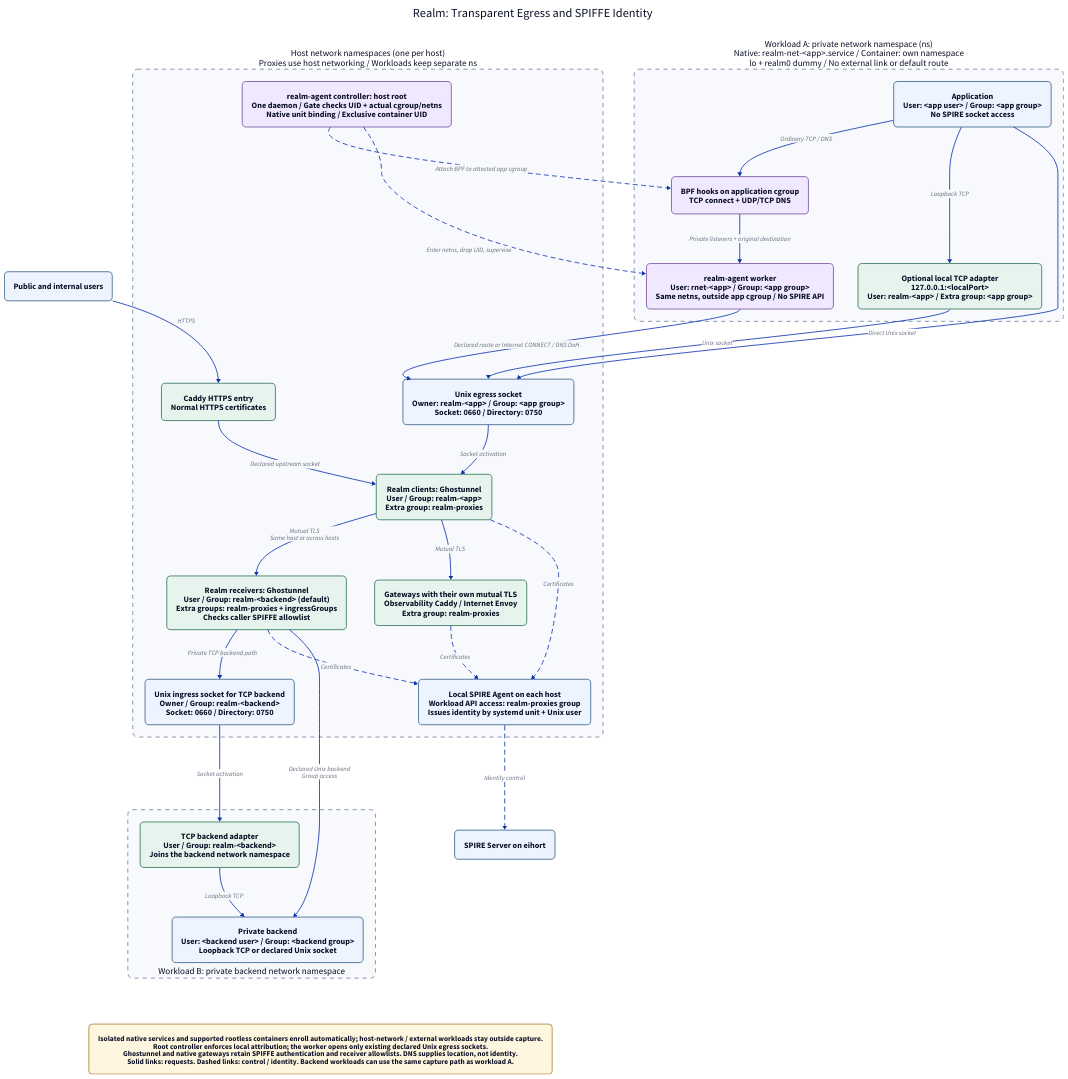
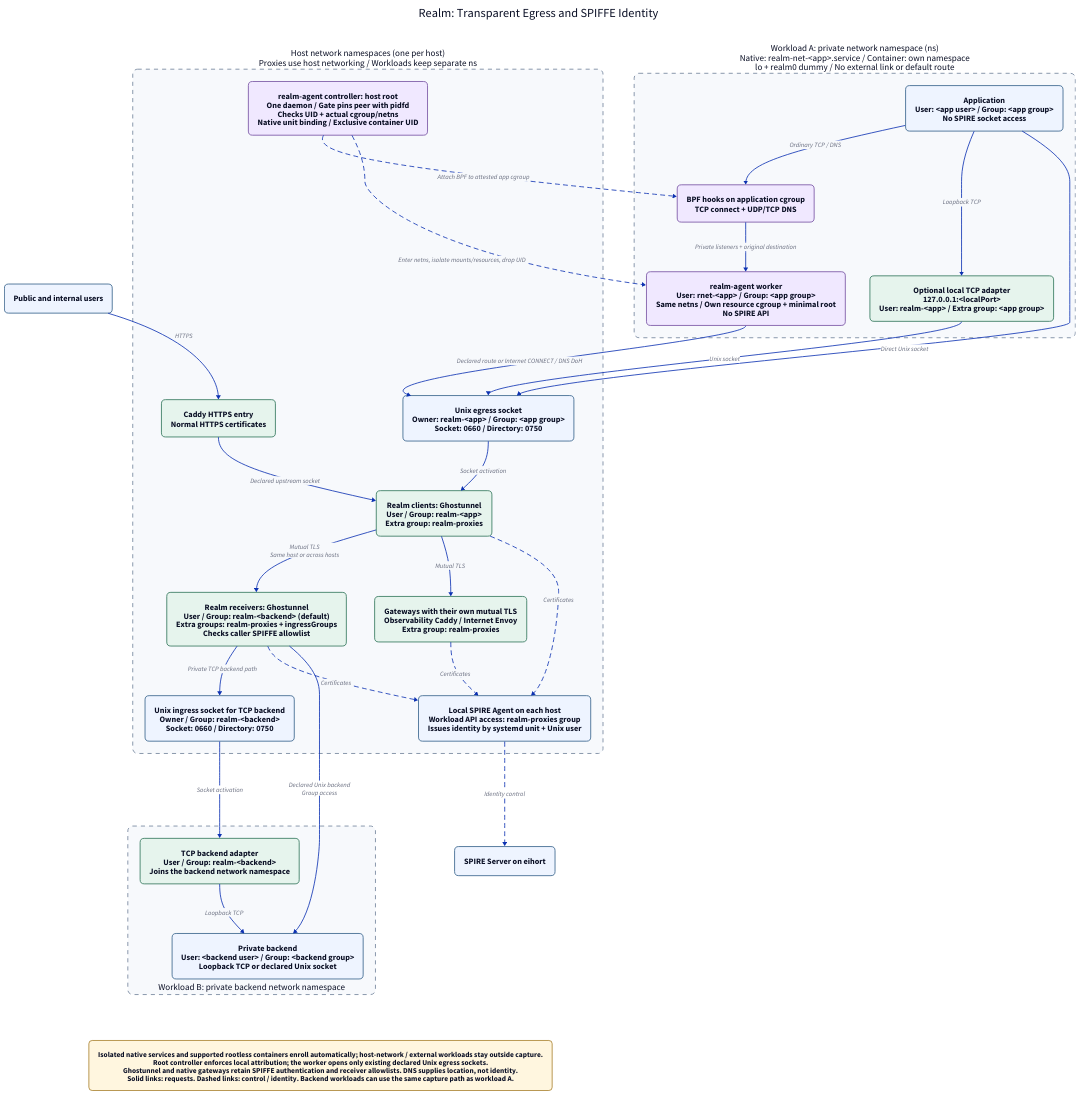
The diagram in layout/realm-overview.d2 (oluceps/nixos-config), drawn with D2 before and after one commit. The commit also changed 25 other files, not shown here.

Commit message:
fix(realm): isolate agent workers and recovery failures

```diff
--- a/layout/realm-overview.d2
+++ b/layout/realm-overview.d2
@@ -1,68 +1,68 @@
 direction: down
 vars: { d2-config: { theme-id: 0 } }
 classes: {
   node: { style: { fill: "#eef4ff"; stroke: "#37628b"; border-radius: 10; font-size: 20 } }
   gateway: { style: { fill: "#e6f4ed"; stroke: "#31765b"; border-radius: 10; font-size: 20 } }
   agent: { style: { fill: "#f0e8ff"; stroke: "#7652a2"; border-radius: 10; font-size: 20 } }
   note: { style: { fill: "#fff6df"; stroke: "#aa8330"; border-radius: 8; font-size: 18 } }
   namespace: { style: { fill: "#f7f9fc"; stroke: "#71839b"; stroke-dash: 5; border-radius: 12; font-size: 22 } }
 }
 title: "Realm: Transparent Egress and SPIFFE Identity" { shape: text; style.font-size: 30 }
 users: "Public and internal users" { class: node }
 
 app_ns: "Workload A: private network namespace (ns)\nNative: realm-net-<app>.service / Container: own namespace\nlo + realm0 dummy / No external link or default route" {
   class: namespace
   app: "Application\nUser: <app user> / Group: <app group>\nNo SPIRE socket access" { class: node }
   capture: "BPF hooks on application cgroup\nTCP connect + UDP/TCP DNS" { class: agent }
-  worker: "realm-agent worker\nUser: rnet-<app> / Group: <app group>\nSame netns, outside app cgroup / No SPIRE API" { class: agent }
+  worker: "realm-agent worker\nUser: rnet-<app> / Group: <app group>\nSame netns / Own resource cgroup + minimal root\nNo SPIRE API" { class: agent }
   app -> capture: "Ordinary TCP / DNS"
   capture -> worker: "Private listeners + original destination"
   adapter: "Optional local TCP adapter\n127.0.0.1:<localPort>\nUser: realm-<app> / Extra group: <app group>" { class: gateway }
   app -> adapter: "Loopback TCP"
 }
 
 host_ns: "Host network namespaces (one per host)\nProxies use host networking / Workloads keep separate ns" {
   class: namespace
   caddy: "Caddy HTTPS entry\nNormal HTTPS certificates" { class: gateway }
   egress: "Unix egress socket\nOwner: realm-<app> / Group: <app group>\nSocket: 0660 / Directory: 0750" { class: node }
   clients: "Realm clients: Ghostunnel\nUser / Group: realm-<app>\nExtra group: realm-proxies" { class: gateway }
   receivers: "Realm receivers: Ghostunnel\nUser / Group: realm-<backend> (default)\nExtra groups: realm-proxies + ingressGroups\nChecks caller SPIFFE allowlist" { class: gateway }
   ingress: "Unix ingress socket for TCP backend\nOwner / Group: realm-<backend>\nSocket: 0660 / Directory: 0750" { class: node }
   native: "Gateways with their own mutual TLS\nObservability Caddy / Internet Envoy\nExtra group: realm-proxies" { class: gateway }
-  controller: "realm-agent controller: host root\nOne daemon / Gate checks UID + actual cgroup/netns\nNative unit binding / Exclusive container UID" { class: agent }
+  controller: "realm-agent controller: host root\nOne daemon / Gate pins peer with pidfd\nChecks UID + actual cgroup/netns\nNative unit binding / Exclusive container UID" { class: agent }
   agent: "Local SPIRE Agent on each host\nWorkload API access: realm-proxies group\nIssues identity by systemd unit + Unix user" { class: node }
   caddy -> clients: "Declared upstream socket"
   egress -> clients: "Socket activation"
   clients -> receivers: "Mutual TLS\nSame host or across hosts"
   receivers -> ingress: "Private TCP backend path"
   clients -> native: "Mutual TLS"
   clients -> agent: "Certificates" { style.stroke-dash: 5 }
   receivers -> agent: "Certificates" { style.stroke-dash: 5 }
   native -> agent: "Certificates" { style.stroke-dash: 5 }
 }
 
 backend_ns: "Workload B: private backend network namespace" {
   class: namespace
   label.near: bottom-center
   adapter: "TCP backend adapter\nUser / Group: realm-<backend>\nJoins the backend network namespace" { class: gateway }
   backend: "Private backend\nUser: <backend user> / Group: <backend group>\nLoopback TCP or declared Unix socket" { class: node }
   adapter -> backend: "Loopback TCP"
 }
 server: "SPIRE Server on eihort" { class: node }
 
 users -> host_ns.caddy: "HTTPS"
 app_ns.app -> host_ns.egress: "Direct Unix socket"
 app_ns.adapter -> host_ns.egress: "Unix socket"
 app_ns.worker -> host_ns.egress: "Declared route or Internet CONNECT / DNS DoH"
 host_ns.controller -> app_ns.capture: "Attach BPF to attested app cgroup" { style.stroke-dash: 5 }
-host_ns.controller -> app_ns.worker: "Enter netns, drop UID, supervise" { style.stroke-dash: 5 }
+host_ns.controller -> app_ns.worker: "Enter netns, isolate mounts/resources, drop UID" { style.stroke-dash: 5 }
 host_ns.ingress -> backend_ns.adapter: "Socket activation"
 host_ns.receivers -> backend_ns.backend: "Declared Unix backend\nGroup access"
 host_ns.agent -> server: "Identity control" { style.stroke-dash: 5 }
 
 note: "Isolated native services and supported rootless containers enroll automatically; host-network / external workloads stay outside capture.\nRoot controller enforces local attribution; the worker opens only existing declared Unix egress sockets.\nGhostunnel and native gateways retain SPIFFE authentication and receiver allowlists. DNS supplies location, not identity.\nSolid links: requests. Dashed links: control / identity. Backend workloads can use the same capture path as workload A." { class: note }
 # Invisible edges arrange the title and note.
 title -> users: { style.opacity: 0 }
 title -> app_ns: { style.opacity: 0 }
 backend_ns -> note: { style.opacity: 0 }
 server -> note: { style.opacity: 0 }
```
